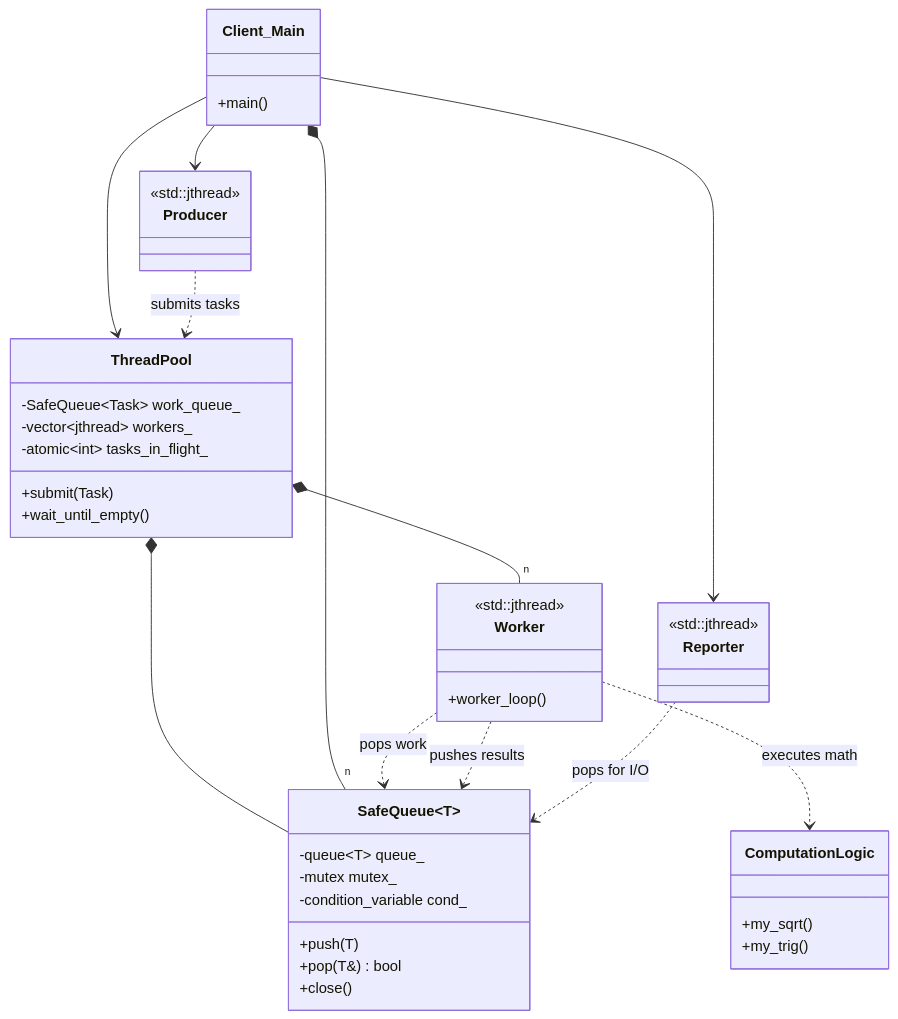
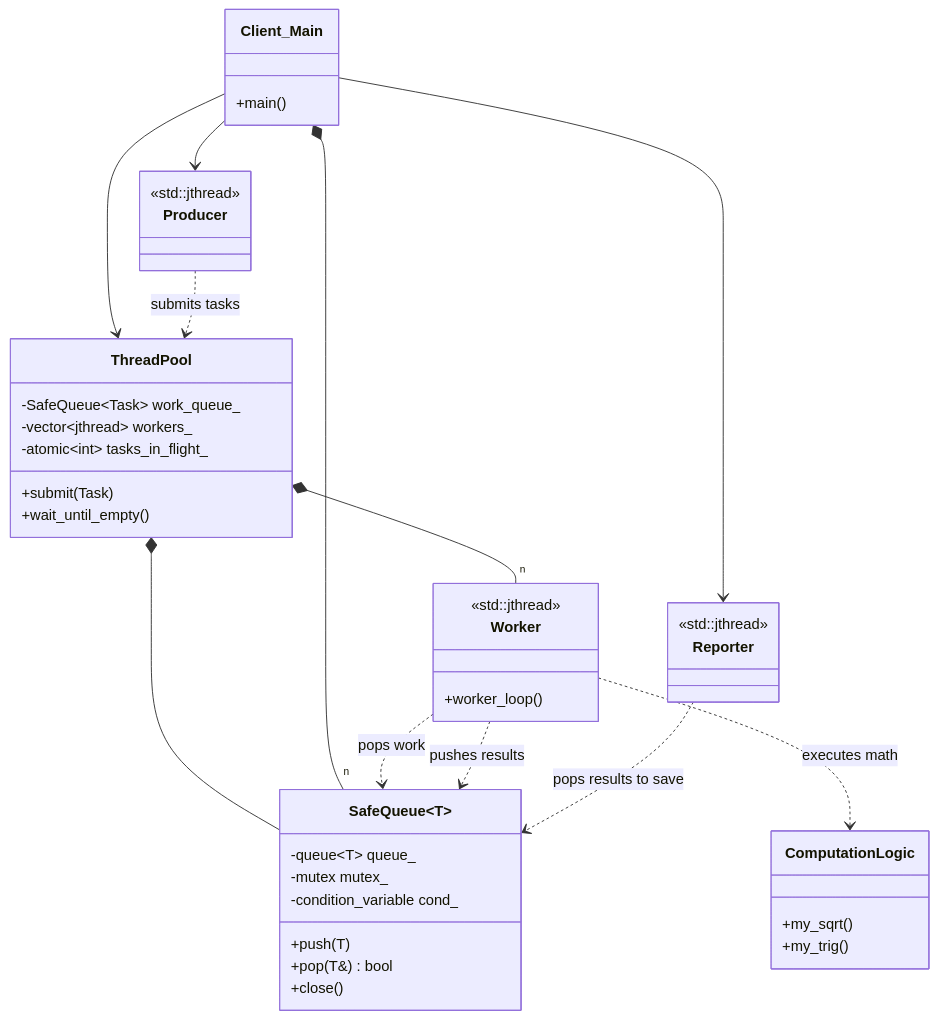
Before and after one commit to MarioGalindoQ/Modern-CPP-Design-Patterns: the diagram in 34_ThreadPool/README.md, drawn with Mermaid. The commit also changed 5 other files, not shown here.

Commit message:
Improve UML

````diff
--- a/34_ThreadPool/README.md
+++ b/34_ThreadPool/README.md
@@ -70,58 +70,58 @@
 ```mermaid
 classDiagram
    class SafeQueue~T~ {
       -queue~T~ queue_
       -mutex mutex_
       -condition_variable cond_
       +push(T)
       +pop(T&) bool
       +close()
    }
 
    class ThreadPool {
       -SafeQueue~Task~ work_queue_
       -vector~jthread~ workers_
       -atomic~int~ tasks_in_flight_
       +submit(Task)
       +wait_until_empty()
    }
 
    class Worker {
       <<std::jthread>>
       +worker_loop()
    }
 
    class Client_Main {
       +main()
    }
 
    class Producer {
       <<std::jthread>>
    }
 
    class Reporter {
       <<std::jthread>>
    }
 
    class ComputationLogic {
       +my_sqrt()
       +my_trig()
    }
 
    %% The Pool owns its internal components
    ThreadPool *-- SafeQueue~Task~
    ThreadPool *-- "n" Worker
 
    %% The Client (Main) creates the high-level infrastructure
    Client_Main --> ThreadPool
    Client_Main --> Producer
    Client_Main --> Reporter
    Client_Main *-- "n" SafeQueue~Result~
 
    %% Operational dependencies
    Producer ..> ThreadPool : submits tasks
    Worker ..> SafeQueue~Task~ : pops work
    Worker ..> ComputationLogic : executes math
    Worker ..> SafeQueue~Result~ : pushes results
-   Reporter ..> SafeQueue~Result~ : pops for I/O
+   Reporter ..> SafeQueue~Result~ : pops results to save
 ```
````
